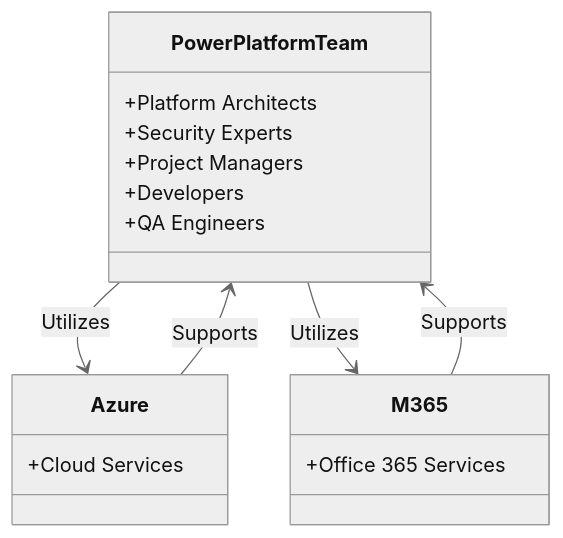
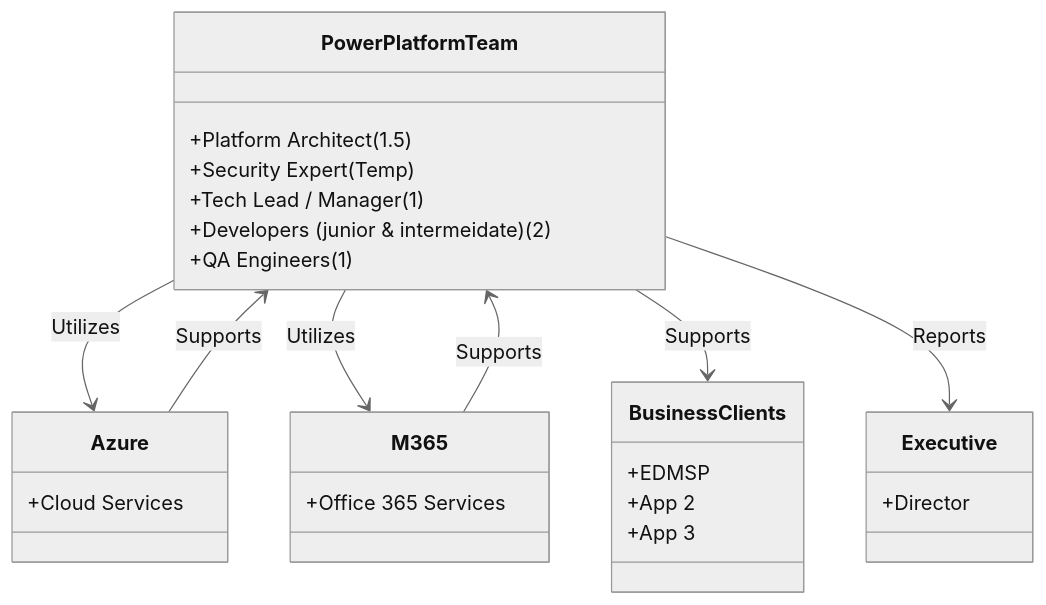
The seventh of 7 diagrams in README.md (Cloudstrucc/Public), drawn with Mermaid (neutral theme) before and after one commit.

````diff
--- a/README.md
+++ b/README.md
@@ -334,20 +334,30 @@
 ```mermaid
 classDiagram
   class PowerPlatformTeam {
-    +Platform Architects
-    +Security Experts
-    +Project Managers
-    +Developers
-    +QA Engineers
+    +Platform Architect (1.5)
+    +Security Expert (Temp)
+    +Tech Lead / Manager (1)
+    +Developers (junior & intermeidate) (2)
+    +QA Engineers (1)
   }
   class Azure {
     +Cloud Services
   }
+  class Executive {
+    +Director
+  }
   class M365 {
     +Office 365 Services
+  }
+  class BusinessClients {
+    +EDMSP
+    +App 2
+    +App 3
   }
   PowerPlatformTeam --> Azure : Utilizes
   PowerPlatformTeam --> M365 : Utilizes
   Azure --> PowerPlatformTeam : Supports
   M365 --> PowerPlatformTeam : Supports
+  PowerPlatformTeam --> BusinessClients : Supports
+  PowerPlatformTeam --> Executive : Reports
 ```
````
